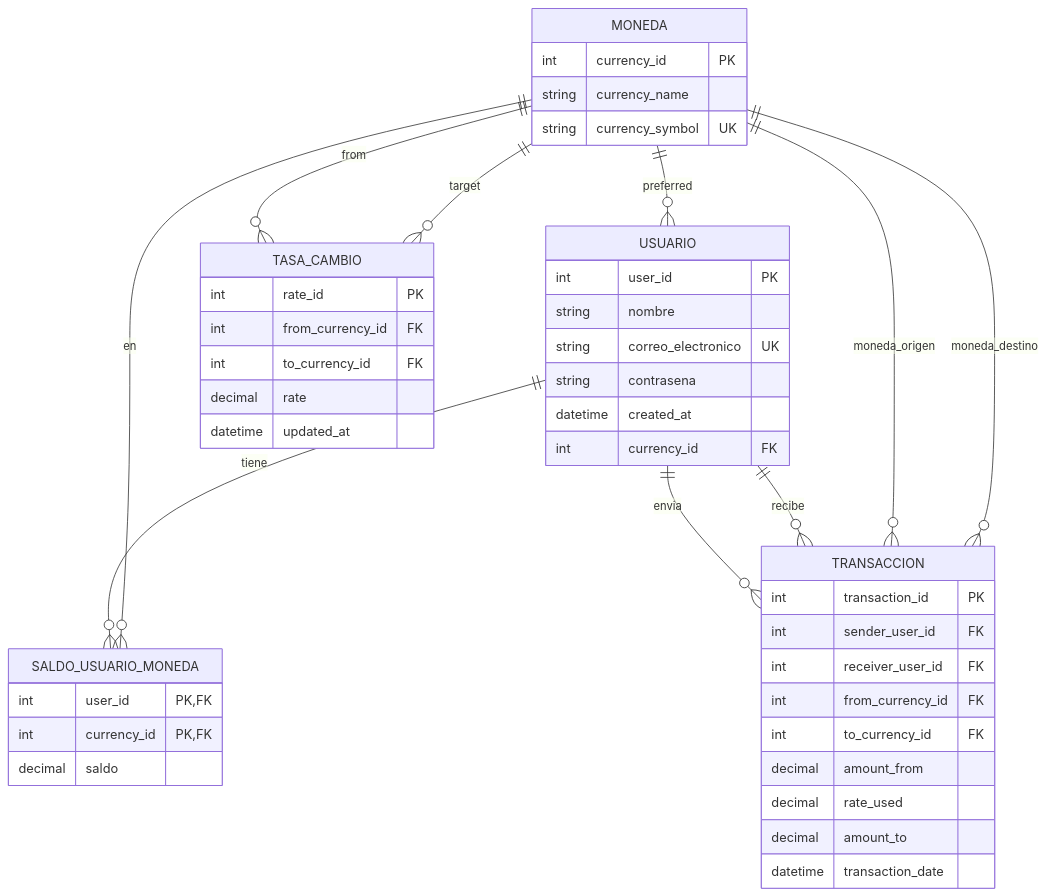
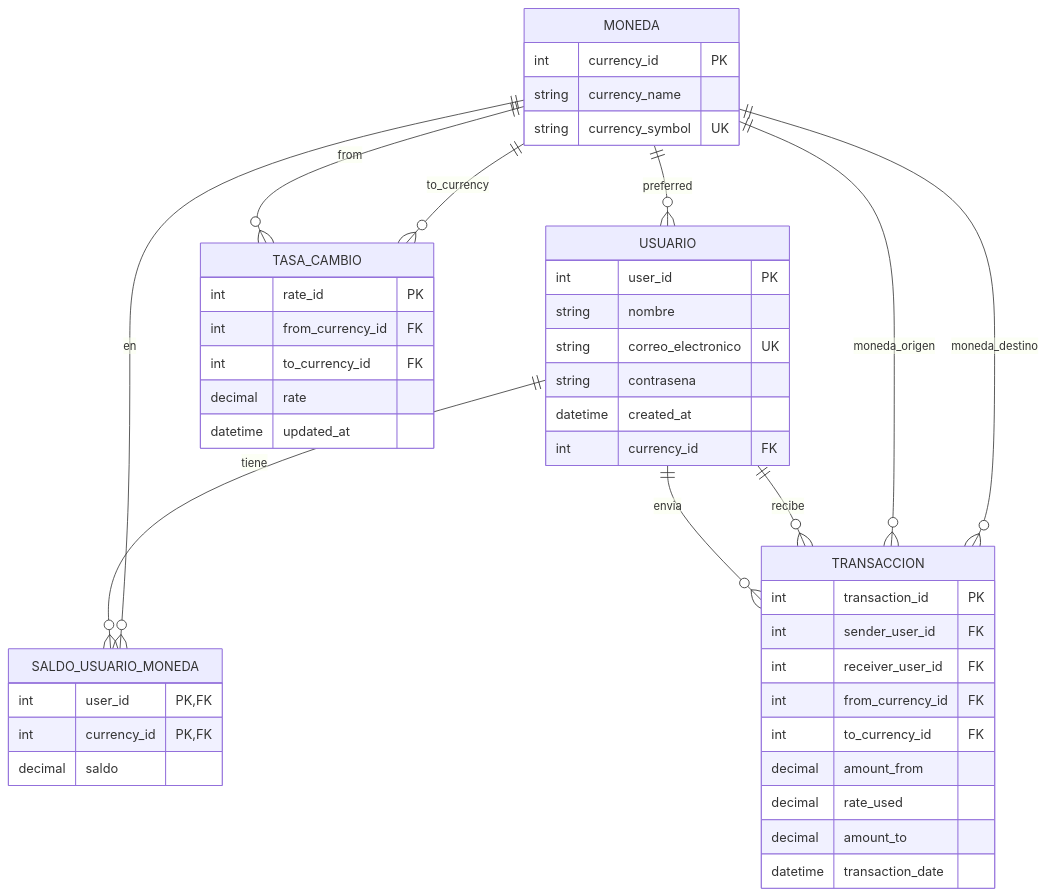
Before and after one commit to Carl0gonzalez/Alkewallet-EvaluacionModulo: the diagram in README.MD, drawn with Mermaid. The commit also changed other lines of this file, not shown here.

````diff
--- a/README.MD
+++ b/README.MD
@@ -33,55 +40,55 @@
 ```mermaid
 erDiagram
   MONEDA {
     int currency_id PK
     string currency_name
     string currency_symbol UK
   }
 
   USUARIO {
     int user_id PK
     string nombre
     string correo_electronico UK
     string contrasena
     datetime created_at
     int currency_id FK
   }
 
   SALDO_USUARIO_MONEDA {
     int user_id PK,FK
     int currency_id PK,FK
     decimal saldo
   }
 
   TASA_CAMBIO {
     int rate_id PK
     int from_currency_id FK
     int to_currency_id FK
     decimal rate
     datetime updated_at
   }
 
   TRANSACCION {
     int transaction_id PK
     int sender_user_id FK
     int receiver_user_id FK
     int from_currency_id FK
     int to_currency_id FK
     decimal amount_from
     decimal rate_used
     decimal amount_to
     datetime transaction_date
   }
 
   MONEDA ||--o{ USUARIO : "preferred"
   USUARIO ||--o{ SALDO_USUARIO_MONEDA : "tiene"
   MONEDA ||--o{ SALDO_USUARIO_MONEDA : "en"
 
   MONEDA ||--o{ TASA_CAMBIO : "from"
-  MONEDA ||--o{ TASA_CAMBIO : "target"
+  MONEDA ||--o{ TASA_CAMBIO : "to_currency"
 
   USUARIO ||--o{ TRANSACCION : "envia"
   USUARIO ||--o{ TRANSACCION : "recibe"
   MONEDA ||--o{ TRANSACCION : "moneda_origen"
   MONEDA ||--o{ TRANSACCION : "moneda_destino"
 ```
````
